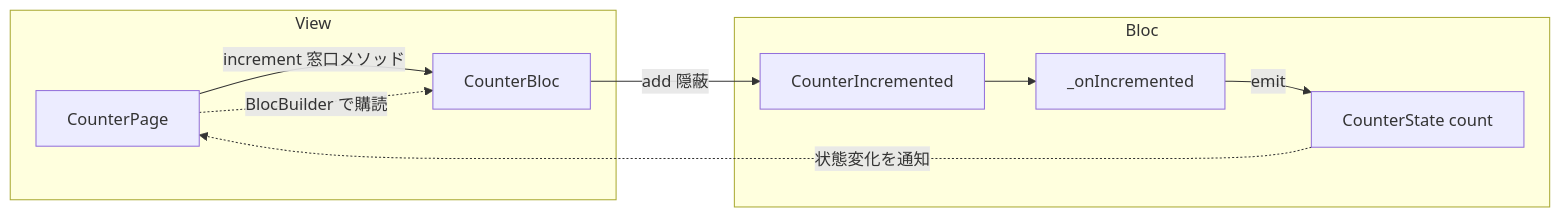
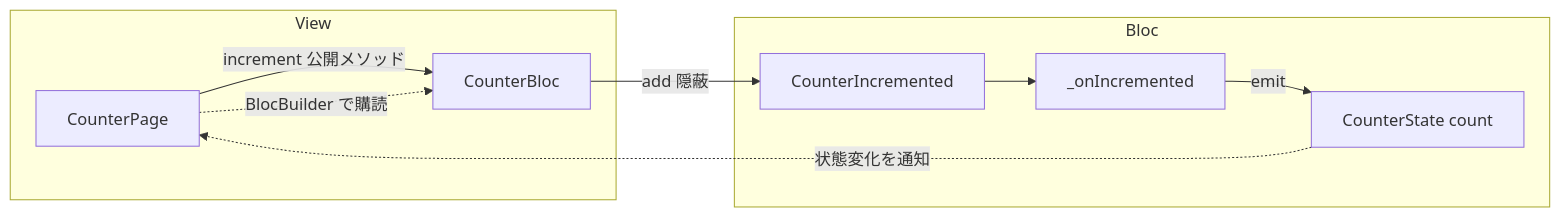
Before and after one commit to yuuya-1205/flutterp-test-develop: the third of 6 diagrams in docs/articles/bloc-migration-with-claude-code.md, drawn with Mermaid. The commit also changed other lines of this file and 3 other files, not shown here.

First line of the commit message:
docs: 「窓口メソッド」を「公開メソッド（add をラップした入口）」に統一

````diff
--- a/docs/articles/bloc-migration-with-claude-code.md
+++ b/docs/articles/bloc-migration-with-claude-code.md
@@ -51,15 +51,15 @@
 ```mermaid
 flowchart LR
     subgraph View
-      P[CounterPage] -->|increment 窓口メソッド| BL
+      P[CounterPage] -->|increment 公開メソッド| BL
       P -.->|BlocBuilder で購読| BL
     end
 
     subgraph Bloc
       BL[CounterBloc] -->|add 隠蔽| EV[CounterIncremented]
       EV --> H[_onIncremented]
       H -->|emit| S[CounterState count]
     end
 
     S -.->|状態変化を通知| P
 ```
````
